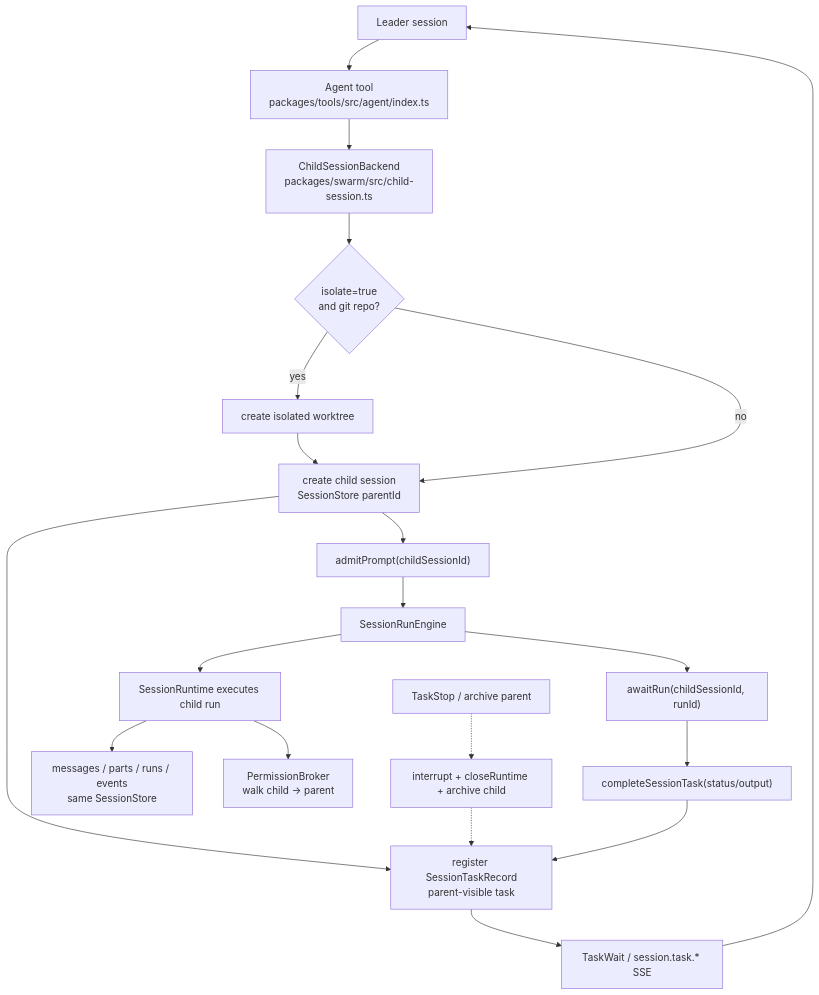
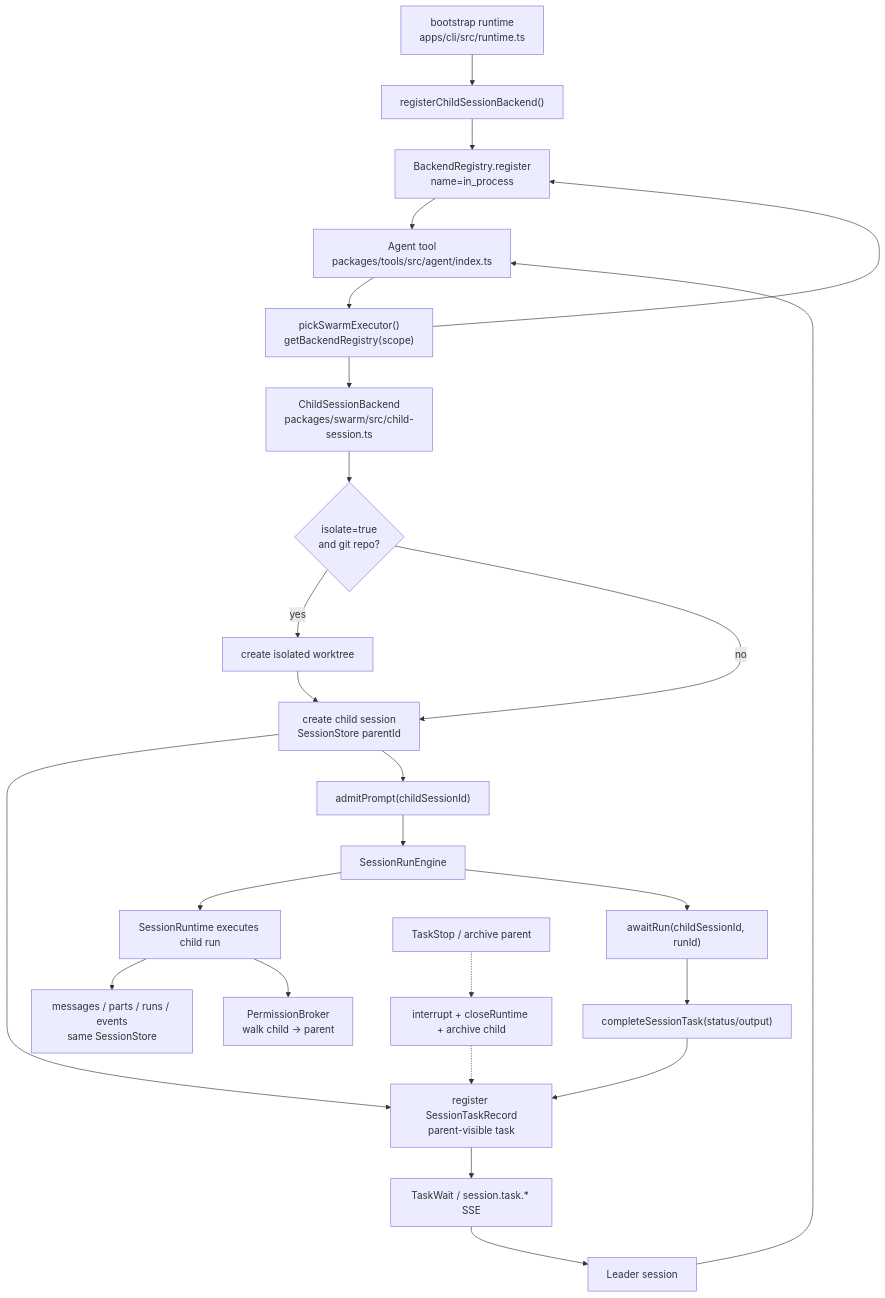
The diagram in docs/agent-child-session-flow.md (rzx007/openharness-ts), drawn with Mermaid before and after one commit. The commit also changed other lines of this file and 29 other files, not shown here.

````diff
--- a/docs/agent-child-session-flow.md
+++ b/docs/agent-child-session-flow.md
@@ -17,25 +17,31 @@
 ```mermaid
 flowchart TD
+  bootstrap["bootstrap runtime<br/>apps/cli/src/runtime.ts"] --> register["registerChildSessionBackend()"]
+  register --> registry["BackendRegistry.register<br/>name=in_process"]
+  registry --> agent
+
   leader["Leader session"] --> agent["Agent tool<br/>packages/tools/src/agent/index.ts"]
-  agent --> backend["ChildSessionBackend<br/>packages/swarm/src/child-session.ts"]
+  agent --> pick["pickSwarmExecutor()<br/>getBackendRegistry(scope)"]
+  pick --> registry
+  pick --> backend["ChildSessionBackend<br/>packages/swarm/src/child-session.ts"]
   backend --> worktree{"isolate=true<br/>and git repo?"}
   worktree -->|yes| isolated["create isolated worktree"]
   worktree -->|no| child
   isolated --> child["create child session<br/>SessionStore parentId"]
 
   child --> task["register SessionTaskRecord<br/>parent-visible task"]
   child --> admit["admitPrompt(childSessionId)"]
   admit --> engine["SessionRunEngine"]
   engine --> runtime["SessionRuntime executes child run"]
   runtime --> events["messages / parts / runs / events<br/>same SessionStore"]
   runtime --> perms["PermissionBroker<br/>walk child -> parent"]
 
   engine --> await["awaitRun(childSessionId, runId)"]
   await --> complete["completeSessionTask(status/output)"]
   complete --> task
   task --> wait["TaskWait / session.task.* SSE"]
   wait --> leader
 
   stop["TaskStop / archive parent"] -.-> interrupt["interrupt + closeRuntime + archive child"]
   interrupt -.-> task
 ```
````
